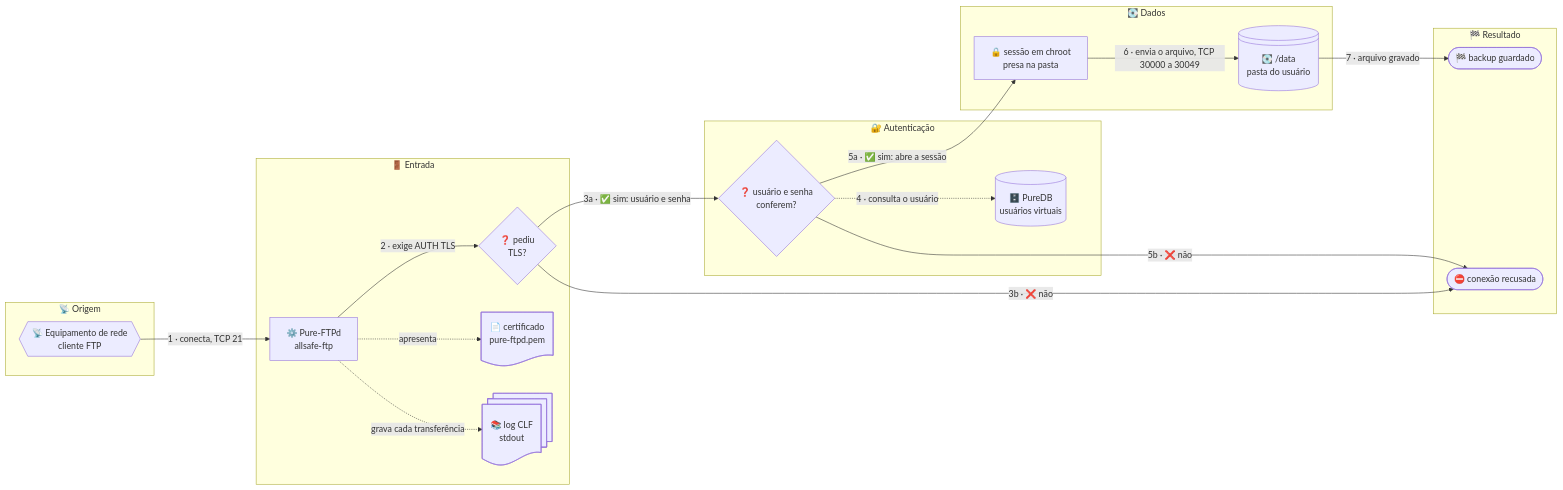
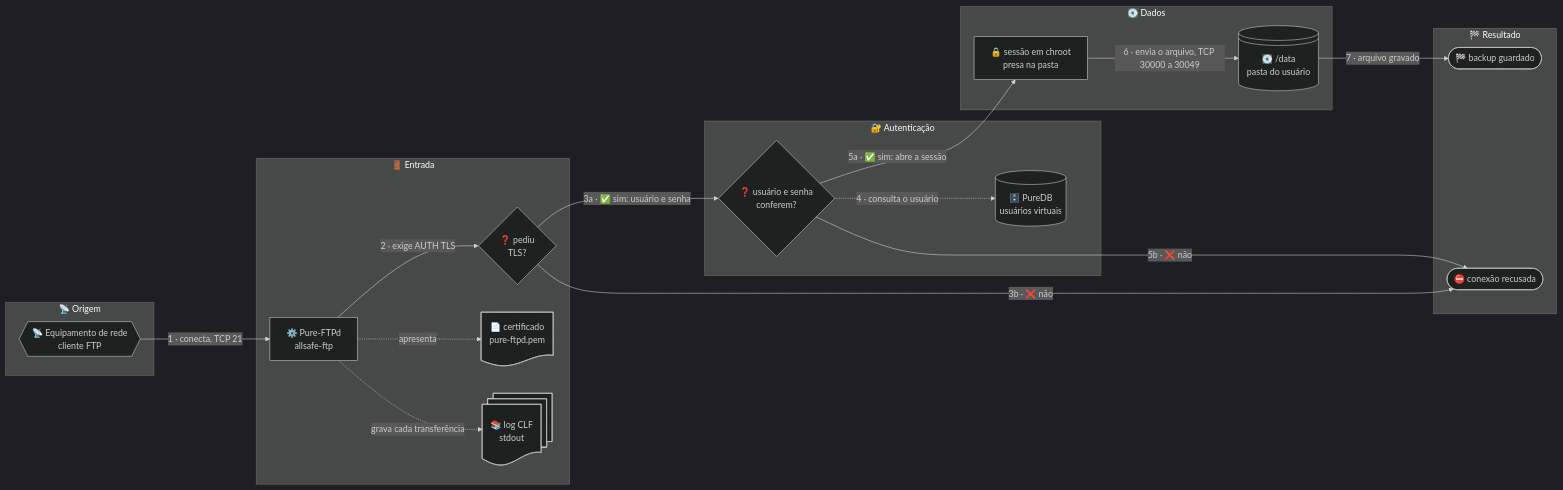
The diagram in doc/diagramas/funcionamento-fluxograma.mmd (CarlosSuporteISP/allsafe-ftp-stack), drawn with Mermaid before and after one commit. The commit also changed 104 other files, not shown here.

First line of the commit message:
docs: diagramas direto do .mmd, com fundo escuro, zoom e movimento (v0.1.1)

```diff
--- a/doc/diagramas/funcionamento-fluxograma.mmd
+++ b/doc/diagramas/funcionamento-fluxograma.mmd
@@ -1,34 +1,35 @@
+%%{init: {"theme": "dark"}}%%
 flowchart LR
     subgraph ORIGEM["📡 Origem"]
         equip@{ shape: hex, label: "📡 Equipamento de rede<br>cliente FTP" }
     end
     subgraph ENTRADA["🚪 Entrada"]
         ftp@{ shape: rect, label: "⚙️ Pure-FTPd<br>allsafe-ftp" }
         tls@{ shape: diam, label: "❓ pediu<br>TLS?" }
         cert@{ shape: doc, label: "📄 certificado<br>pure-ftpd.pem" }
         logs@{ shape: docs, label: "📚 log CLF<br>stdout" }
     end
     subgraph AUTH["🔐 Autenticação"]
         login@{ shape: diam, label: "❓ usuário e senha<br>conferem?" }
         puredb@{ shape: cyl, label: "🗄️ PureDB<br>usuários virtuais" }
     end
     subgraph DADOS["💽 Dados"]
         sessao@{ shape: rect, label: "🔒 sessão em chroot<br>presa na pasta" }
         dados@{ shape: lin-cyl, label: "💽 /data<br>pasta do usuário" }
     end
     subgraph RESULTADO["🏁 Resultado"]
         fim@{ shape: stadium, label: "🏁 backup guardado" }
         recusa@{ shape: stadium, label: "⛔ conexão recusada" }
     end
 
     equip -- "1 · conecta, TCP 21" --> ftp
     ftp -- "2 · exige AUTH TLS" --> tls
     tls -- "3a · ✅ sim: usuário e senha" --> login
     tls -- "3b · ❌ não" --> recusa
     login -. "4 · consulta o usuário" .-> puredb
     login -- "5a · ✅ sim: abre a sessão" --> sessao
     login -- "5b · ❌ não" --> recusa
     sessao -- "6 · envia o arquivo, TCP 30000 a 30049" --> dados
     dados -- "7 · arquivo gravado" --> fim
     ftp -. "apresenta" .-> cert
     ftp -. "grava cada transferência" .-> logs
```
